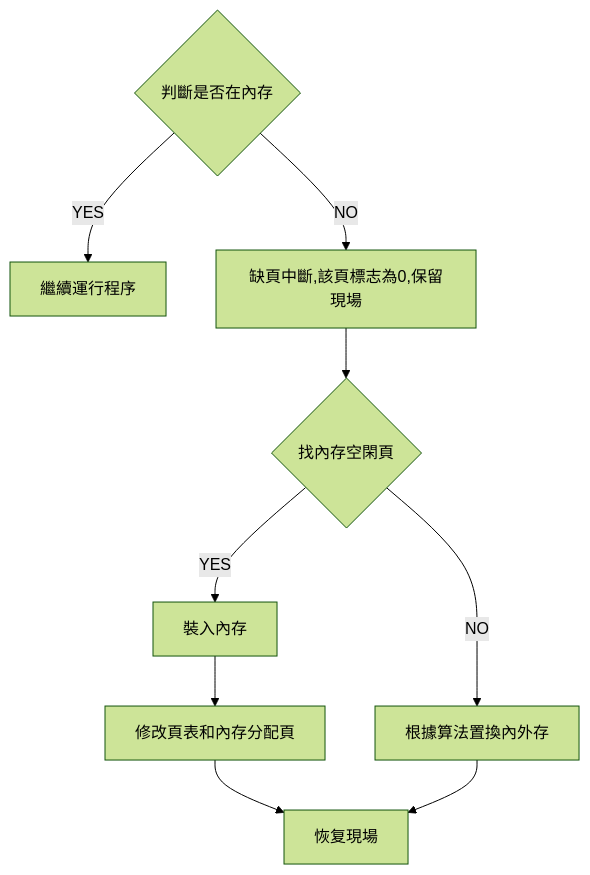
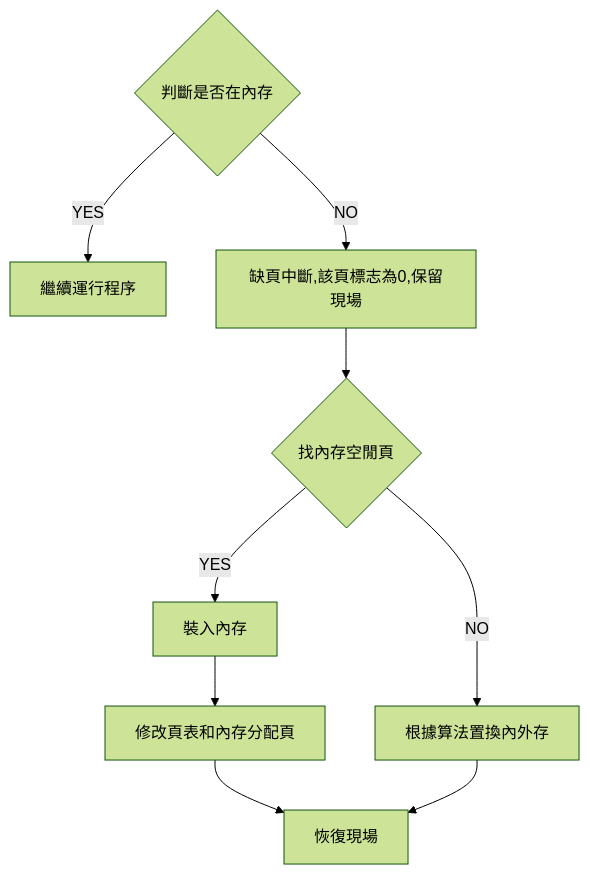
The sixth of 6 diagrams in _posts/2021-08-04-operating_system.md (chchoiw/chchoiw.github.io), drawn with Mermaid (forest theme) before and after one commit. The commit also changed other lines of this file, not shown here.

````diff
--- a/_posts/2021-08-04-operating_system.md
+++ b/_posts/2021-08-04-operating_system.md
@@ -556,11 +556,11 @@
 ```mermaid
 graph TD
 A{判斷是否在內存}-- YES -->B[繼續運行程序]
 A-- NO -->C[缺頁中斷,該頁標志為0,保留現場]
-C-->D{找內存空閑頁}
+C-->D{找內存空閒頁}
 D-- YES -->E[裝入內存]
 E-->F[修改頁表和內存分配頁]
 D-- NO -->G[根據算法置換內外存]
-F-->H[恢复現場]
+F-->H[恢復現場]
 G-->H
 ```
````
